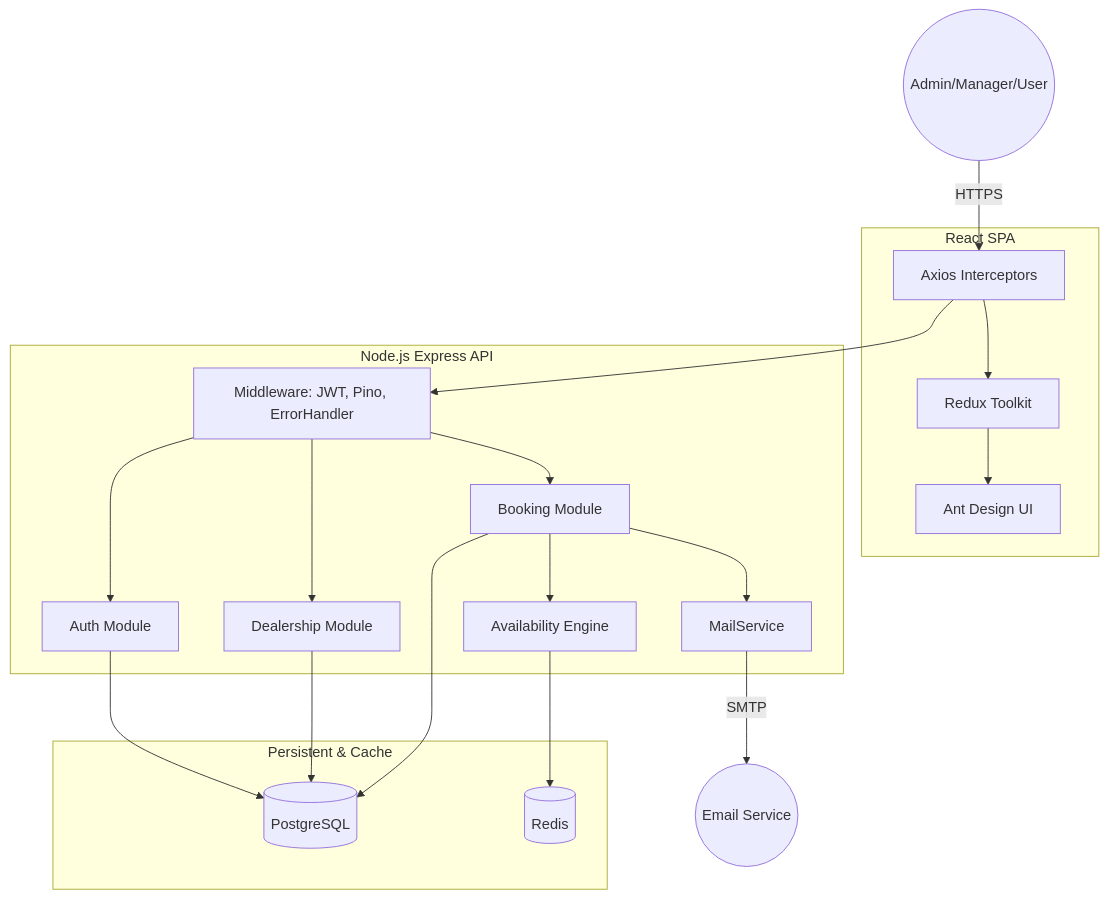
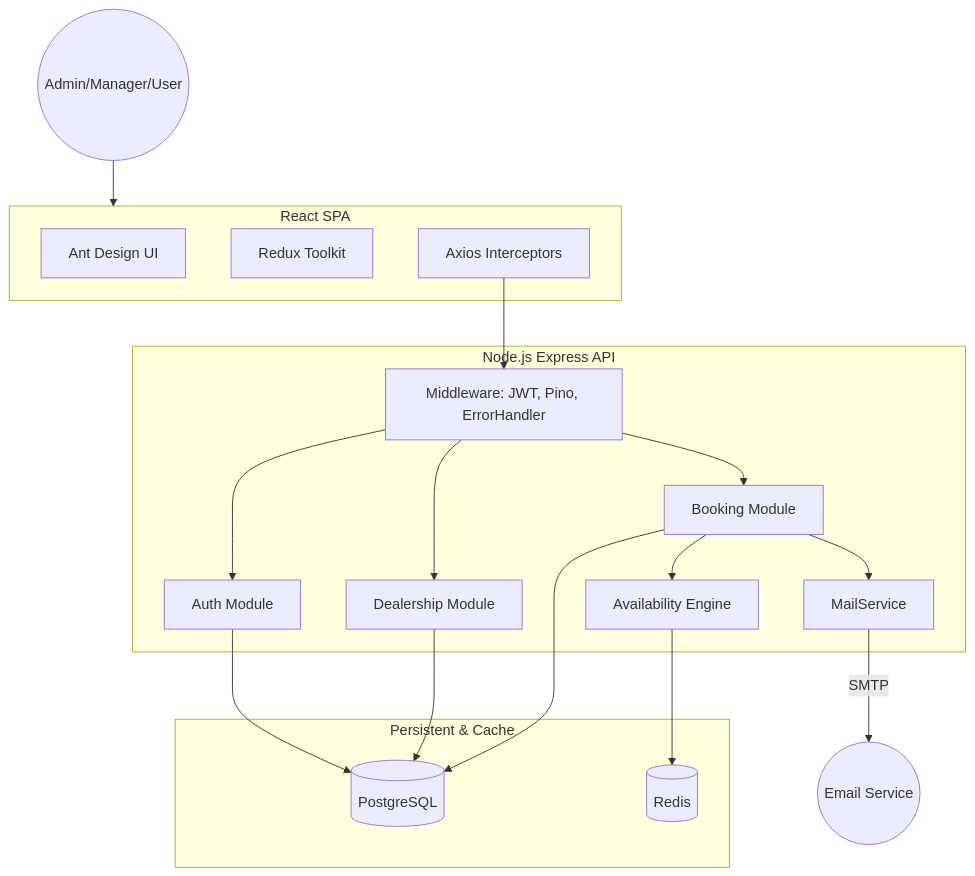
Before and after one commit to elbannaa/keyloop-service-scheduler: the first of 3 diagrams in readme.md, drawn with Mermaid. The commit also changed other lines of this file and 6 other files, not shown here.

````diff
--- a/readme.md
+++ b/readme.md
@@ -9,43 +9,41 @@
 ```mermaid
 graph TB
     Users((Admin/Manager/User))
     
     subgraph Frontend [React SPA]
         UI[Ant Design UI]
         State[Redux Toolkit]
         API[Axios Interceptors]
     end
     
     subgraph Backend [Node.js Express API]
         Middleware[Middleware: JWT, Pino, ErrorHandler]
         Auth[Auth Module]
         Dealership[Dealership Module]
         Booking[Booking Module]
         Eng[Availability Engine]
         Mail[MailService]
     end
     
     subgraph Storage [Persistent & Cache]
         Postgres[(PostgreSQL)]
         Redis[(Redis)]
     end
     
-    Users -->|HTTPS| API
-    API --> State
-    State --> UI
+    Users --> Frontend
     
     API --> Middleware
     Middleware --> Auth
     Middleware --> Dealership
     Middleware --> Booking
     
     Booking --> Eng
     Eng --> Redis
     
     Auth --> Postgres
     Dealership --> Postgres
     Booking --> Postgres
     
     Booking --> Mail
     Mail -->|SMTP| Email((Email Service))
 ```
````
